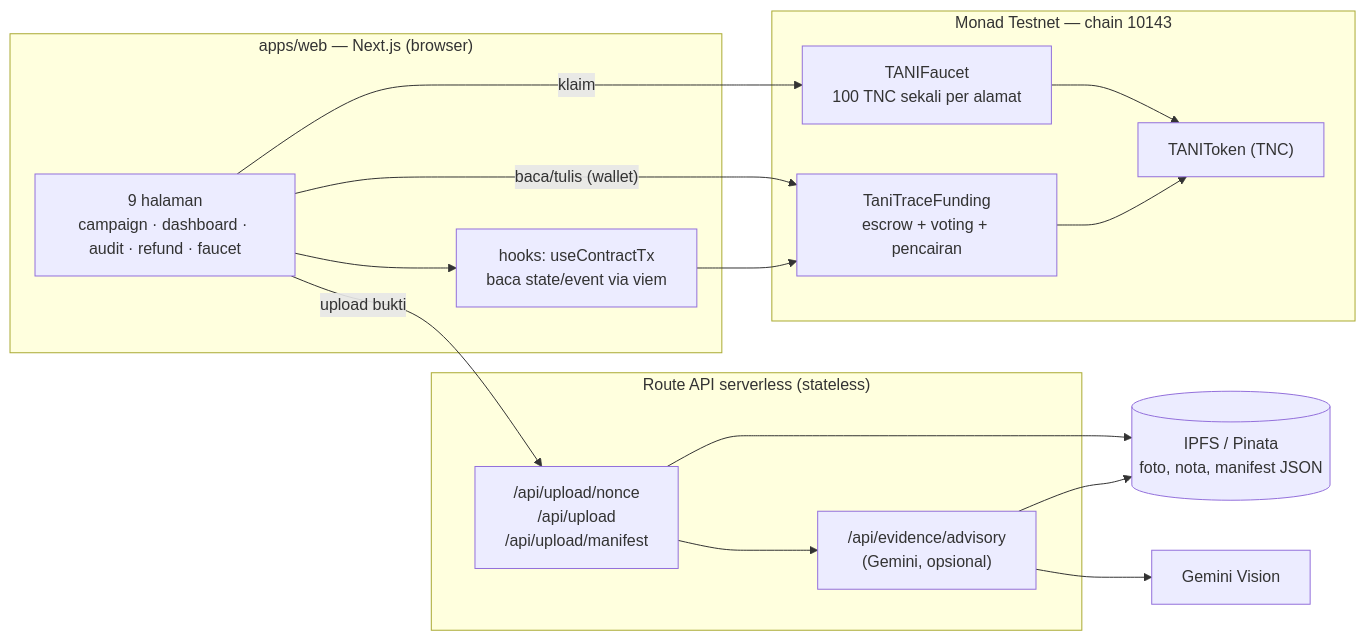
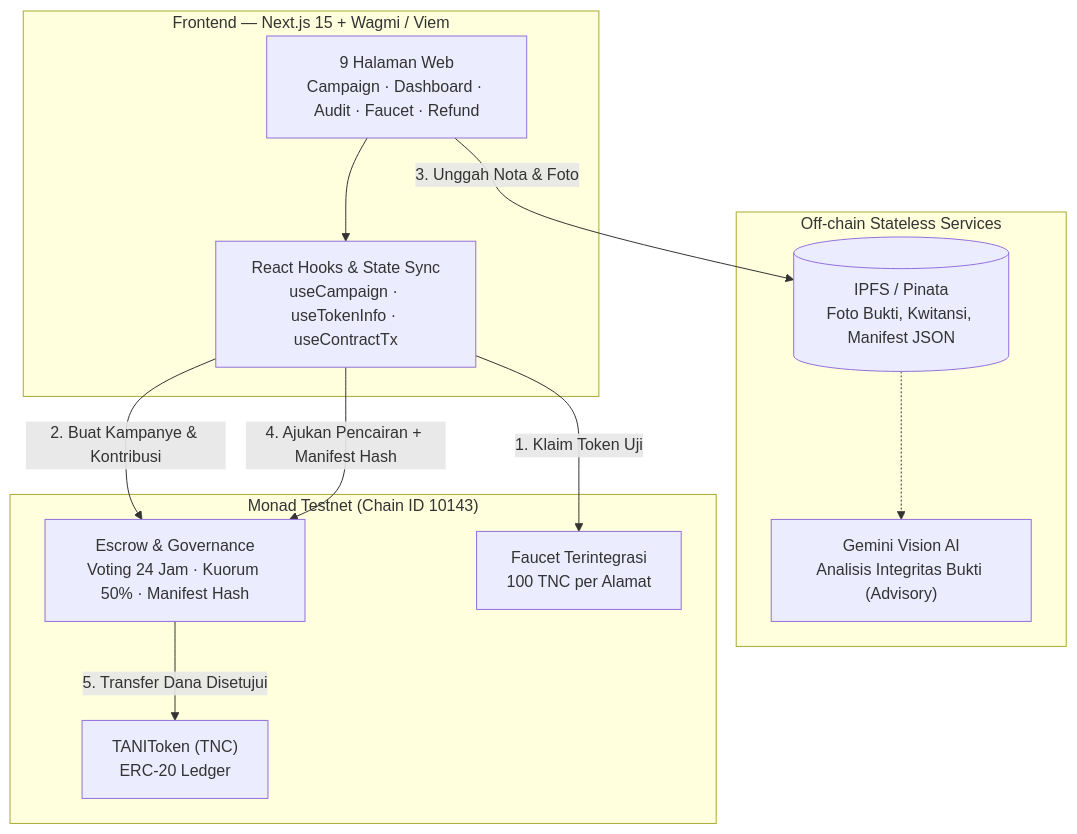
Before and after one commit to fardannozami/tani-trace: the diagram in README.md, drawn with Mermaid. The commit also changed other lines of this file, not shown here.

Commit message:
docs: polish README.md with comprehensive judging criteria, architecture, security, and live deployment details

````diff
--- a/README.md
+++ b/README.md
@@ -198,30 +106,26 @@
 ```mermaid
-flowchart LR
-  subgraph Browser["apps/web — Next.js (browser)"]
-    UI["9 halaman<br/>campaign · dashboard · audit · refund · faucet"]
-    HOOK["hooks: useContractTx<br/>baca state/event via viem"]
+flowchart TD
+  subgraph Frontend["Frontend — Next.js 15 + Wagmi / Viem"]
+    UI["9 Halaman Web<br/>Campaign · Dashboard · Audit · Faucet · Refund"]
+    HOOKS["React Hooks & State Sync<br/>useCampaign · useTokenInfo · useContractTx"]
   end
 
-  subgraph Server["Route API serverless (stateless)"]
-    UP["/api/upload/nonce<br/>/api/upload<br/>/api/upload/manifest"]
-    AI["/api/evidence/advisory<br/>(Gemini, opsional)"]
+  subgraph Cloud["Off-chain Stateless Services"]
+    PINATA[("IPFS / Pinata<br/>Foto Bukti, Kwitansi, Manifest JSON")]
+    GEMINI["Gemini Vision AI<br/>Analisis Integritas Bukti (Advisory)"]
   end
 
-  subgraph Monad["Monad Testnet — chain 10143"]
-    T["TANIToken (TNC)"]
-    F["TaniTraceFunding<br/>escrow + voting + pencairan"]
-    FA["TANIFaucet<br/>100 TNC sekali per alamat"]
+  subgraph OnChain["Monad Testnet (Chain ID 10143)"]
+    TOKEN["TANIToken (TNC)<br/>ERC-20 Ledger"]
+    ESCROW["Escrow & Governance<br/>Voting 24 Jam · Kuorum 50% · Manifest Hash"]
+    FAUCET["Faucet Terintegrasi<br/>100 TNC per Alamat"]
   end
 
-  IPFS[("IPFS / Pinata<br/>foto, nota, manifest JSON")]
-  GEM["Gemini Vision"]
-
-  UI -- "baca/tulis (wallet)" --> F
-  UI --> HOOK --> F
-  UI -- "klaim" --> FA
-  FA --> T
-  F --> T
-  UI -- "upload bukti" --> UP --> IPFS
-  UP --> AI --> GEM
-  AI --> IPFS
+  UI --> HOOKS
+  HOOKS -- "1. Klaim Token Uji" --> FAUCET
+  HOOKS -- "2. Buat Kampanye & Kontribusi" --> ESCROW
+  UI -- "3. Unggah Nota & Foto" --> PINATA
+  PINATA -.-> GEMINI
+  HOOKS -- "4. Ajukan Pencairan + Manifest Hash" --> ESCROW
+  ESCROW -- "5. Transfer Dana Disetujui" --> TOKEN
 ```
````
